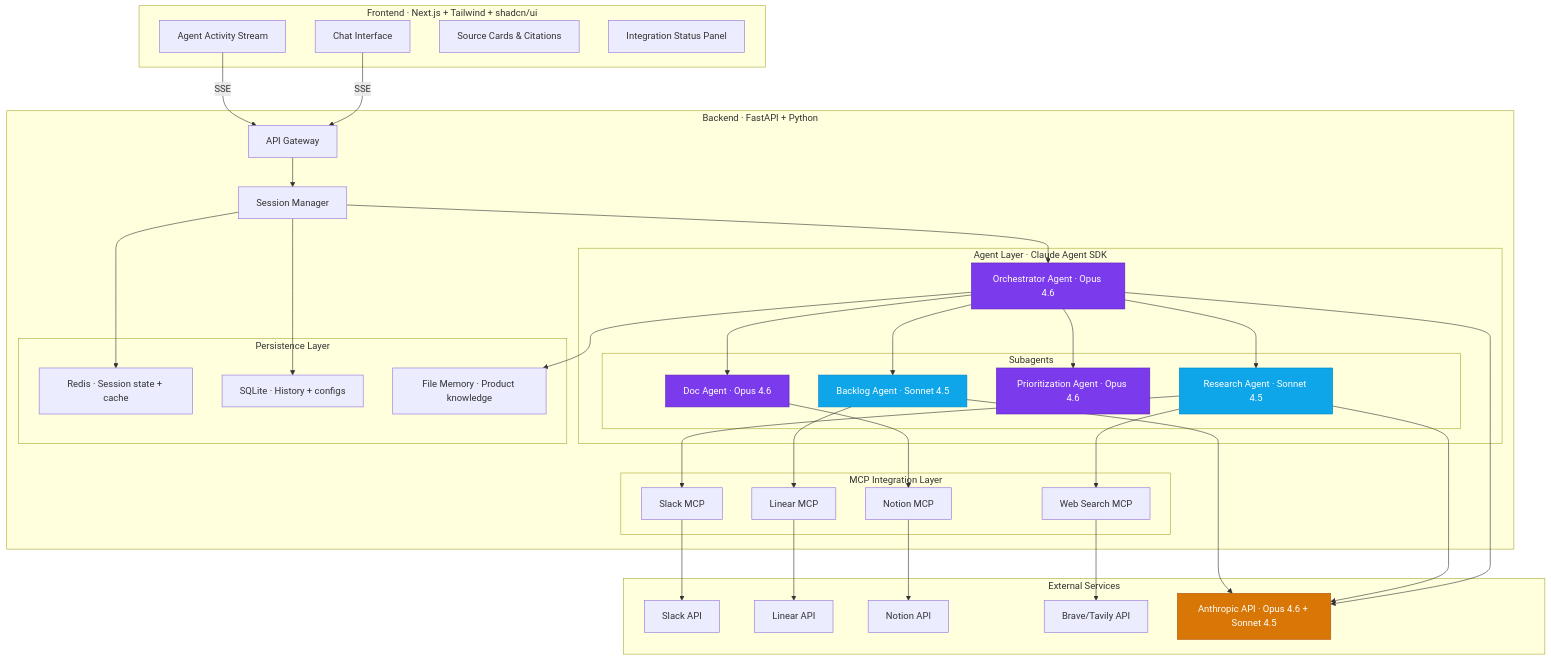
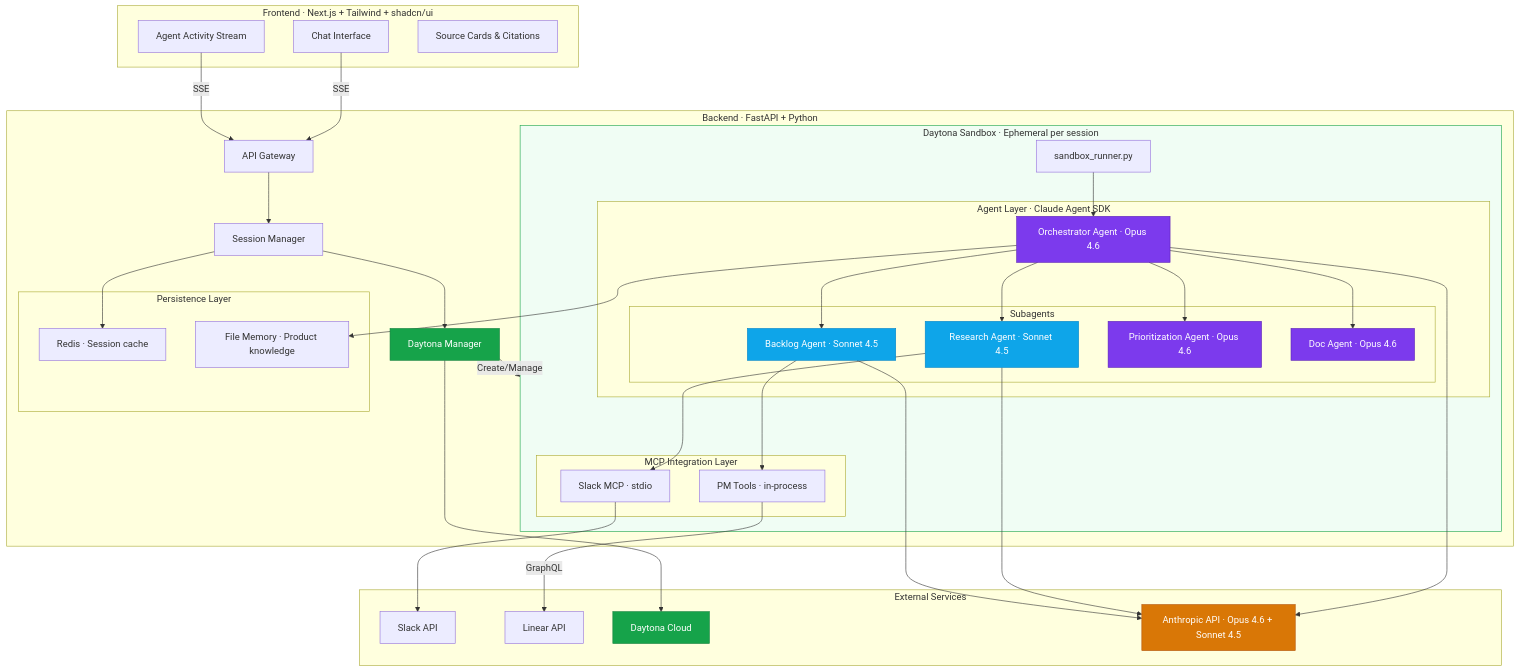
The diagram in diagrams/01-system-overview.mermaid (naga-k/velocity), drawn with Mermaid before and after one commit. The commit also changed 10 other files, not shown here.

First line of the commit message:
Fix Linear updates, add Daytona to docs, README for hackathon

```diff
--- a/diagrams/01-system-overview.mermaid
+++ b/diagrams/01-system-overview.mermaid
@@ -1,78 +1,79 @@
 graph TB
     subgraph Frontend["Frontend · Next.js + Tailwind + shadcn/ui"]
         ChatUI["Chat Interface"]
         AgentStream["Agent Activity Stream"]
         SourceCards["Source Cards & Citations"]
-        IntPanel["Integration Status Panel"]
     end
 
     subgraph Backend["Backend · FastAPI + Python"]
         API["API Gateway"]
         SessionMgr["Session Manager"]
+        DaytonaMgr["Daytona Manager"]
 
-        subgraph AgentLayer["Agent Layer · Claude Agent SDK"]
-            Orchestrator["Orchestrator Agent · Opus 4.6"]
+        subgraph DaytonaSandbox["Daytona Sandbox · Ephemeral per session"]
+            SandboxRunner["sandbox_runner.py"]
 
-            subgraph Subagents["Subagents"]
-                Research["Research Agent · Sonnet 4.5"]
-                Backlog["Backlog Agent · Sonnet 4.5"]
-                Prioritization["Prioritization Agent · Opus 4.6"]
-                DocWriter["Doc Agent · Opus 4.6"]
+            subgraph AgentLayer["Agent Layer · Claude Agent SDK"]
+                Orchestrator["Orchestrator Agent · Opus 4.6"]
+
+                subgraph Subagents["Subagents"]
+                    Research["Research Agent · Sonnet 4.5"]
+                    Backlog["Backlog Agent · Sonnet 4.5"]
+                    Prioritization["Prioritization Agent · Opus 4.6"]
+                    DocWriter["Doc Agent · Opus 4.6"]
+                end
+            end
+
+            subgraph MCPLayer["MCP Integration Layer"]
+                SlackMCP["Slack MCP · stdio"]
+                PMTools["PM Tools · in-process"]
             end
         end
 
-        subgraph MCPLayer["MCP Integration Layer"]
-            SlackMCP["Slack MCP"]
-            LinearMCP["Linear MCP"]
-            NotionMCP["Notion MCP"]
-            WebMCP["Web Search MCP"]
-        end
-
         subgraph Persistence["Persistence Layer"]
-            Redis["Redis · Session state + cache"]
-            SQLite["SQLite · History + configs"]
+            Redis["Redis · Session cache"]
             Memory["File Memory · Product knowledge"]
         end
     end
 
     subgraph External["External Services"]
         SlackAPI["Slack API"]
         LinearAPI["Linear API"]
-        NotionAPI["Notion API"]
-        BraveAPI["Brave/Tavily API"]
+        DaytonaAPI["Daytona Cloud"]
         ClaudeAPI["Anthropic API · Opus 4.6 + Sonnet 4.5"]
     end
 
     ChatUI -->|SSE| API
     AgentStream -->|SSE| API
     API --> SessionMgr
-    SessionMgr --> Orchestrator
+    SessionMgr --> DaytonaMgr
+    DaytonaMgr -->|Create/Manage| DaytonaSandbox
+    DaytonaMgr --> DaytonaAPI
+    SandboxRunner --> Orchestrator
     Orchestrator --> Research
     Orchestrator --> Backlog
     Orchestrator --> Prioritization
     Orchestrator --> DocWriter
 
     Research --> SlackMCP
-    Research --> WebMCP
-    Backlog --> LinearMCP
-    DocWriter --> NotionMCP
+    Backlog --> PMTools
+    PMTools -->|GraphQL| LinearAPI
 
     SlackMCP --> SlackAPI
-    LinearMCP --> LinearAPI
-    NotionMCP --> NotionAPI
-    WebMCP --> BraveAPI
 
     Orchestrator --> ClaudeAPI
     Research --> ClaudeAPI
     Backlog --> ClaudeAPI
 
     SessionMgr --> Redis
-    SessionMgr --> SQLite
     Orchestrator --> Memory
 
     style Orchestrator fill:#7c3aed,color:#fff,stroke:#5b21b6
     style Research fill:#0ea5e9,color:#fff,stroke:#0284c7
     style Backlog fill:#0ea5e9,color:#fff,stroke:#0284c7
     style Prioritization fill:#7c3aed,color:#fff,stroke:#5b21b6
     style DocWriter fill:#7c3aed,color:#fff,stroke:#5b21b6
     style ClaudeAPI fill:#d97706,color:#fff,stroke:#b45309
+    style DaytonaSandbox fill:#f0fdf4,stroke:#16a34a
+    style DaytonaMgr fill:#16a34a,color:#fff,stroke:#15803d
+    style DaytonaAPI fill:#16a34a,color:#fff,stroke:#15803d
```
